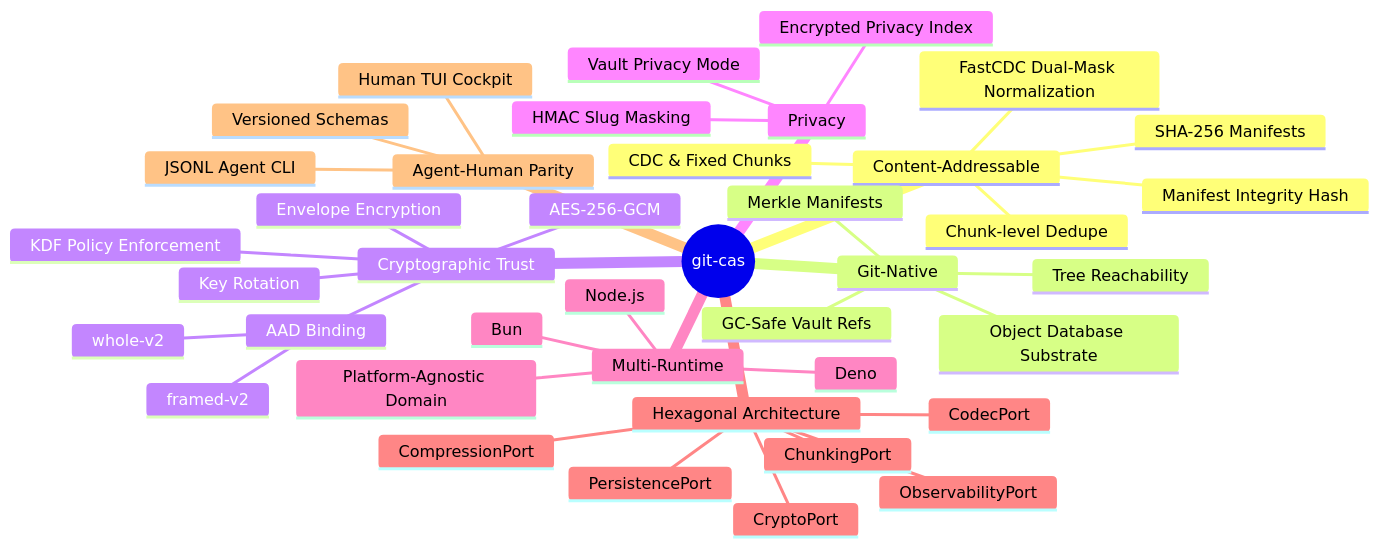
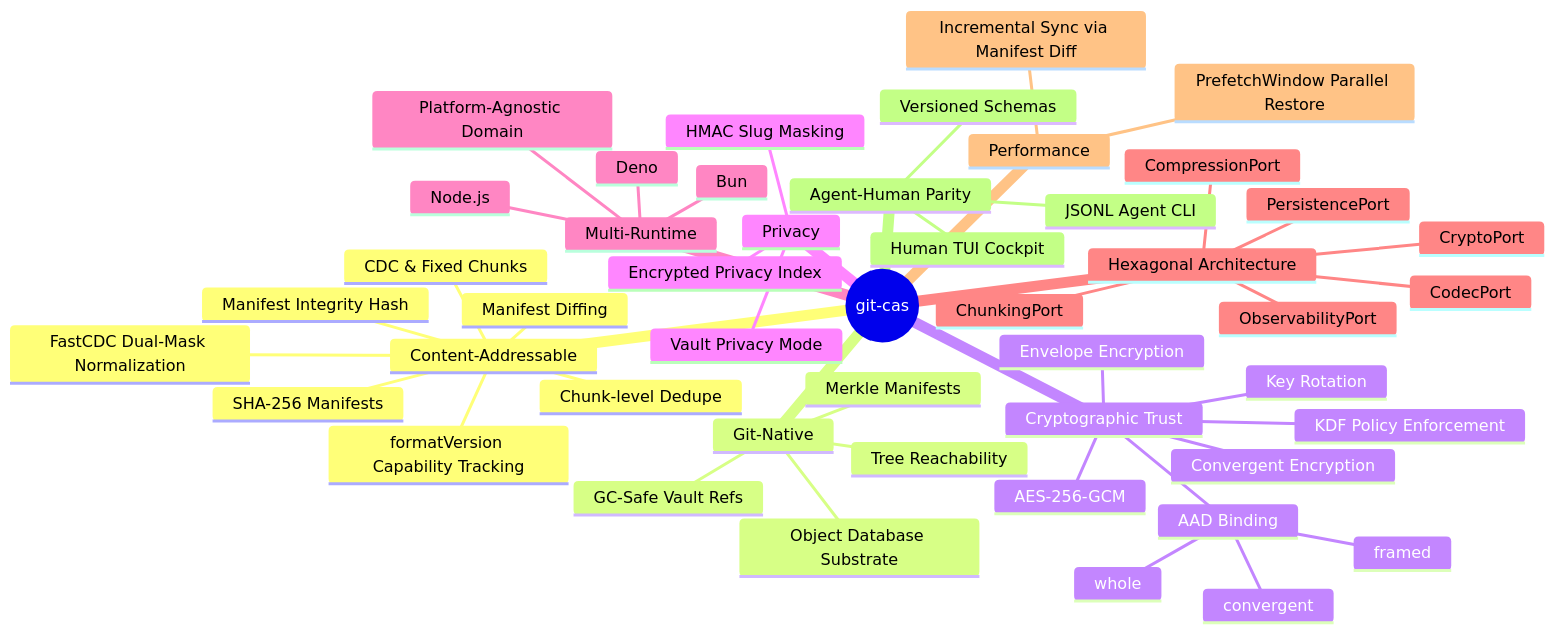
The diagram in VISION.md (git-stunts/git-cas), drawn with Mermaid before and after one commit. The commit also changed other lines of this file, not shown here.

Commit message:
docs: update VISION.md to reflect shipped architecture
Sync mindmap and prose with current codebase: simplified encryption
schemes (whole/framed/convergent without version suffixes), convergent
encryption as a first-class concept, manifest diffing, PrefetchWindow
parallel restore, formatVersion capability tracking, and a new
Performance branch in the mindmap.

````diff
--- a/VISION.md
+++ b/VISION.md
@@ -5,43 +5,50 @@
 ```mermaid
 mindmap
     root((git-cas))
         Content-Addressable
             SHA-256 Manifests
             Chunk-level Dedupe
             CDC & Fixed Chunks
             FastCDC Dual-Mask Normalization
             Manifest Integrity Hash
+            Manifest Diffing
+            formatVersion Capability Tracking
         Git-Native
             Object Database Substrate
             GC-Safe Vault Refs
             Tree Reachability
             Merkle Manifests
         Cryptographic Trust
             AES-256-GCM
             AAD Binding
-                whole-v2
-                framed-v2
+                whole
+                framed
+                convergent
             Envelope Encryption
             Key Rotation
             KDF Policy Enforcement
+            Convergent Encryption
         Privacy
             Vault Privacy Mode
             HMAC Slug Masking
             Encrypted Privacy Index
         Multi-Runtime
             Node.js
             Bun
             Deno
             Platform-Agnostic Domain
         Hexagonal Architecture
             CryptoPort
             PersistencePort
             ChunkingPort
             CodecPort
             CompressionPort
             ObservabilityPort
+        Performance
+            PrefetchWindow Parallel Restore
+            Incremental Sync via Manifest Diff
         Agent-Human Parity
             JSONL Agent CLI
             Human TUI Cockpit
             Versioned Schemas
 ```
````
